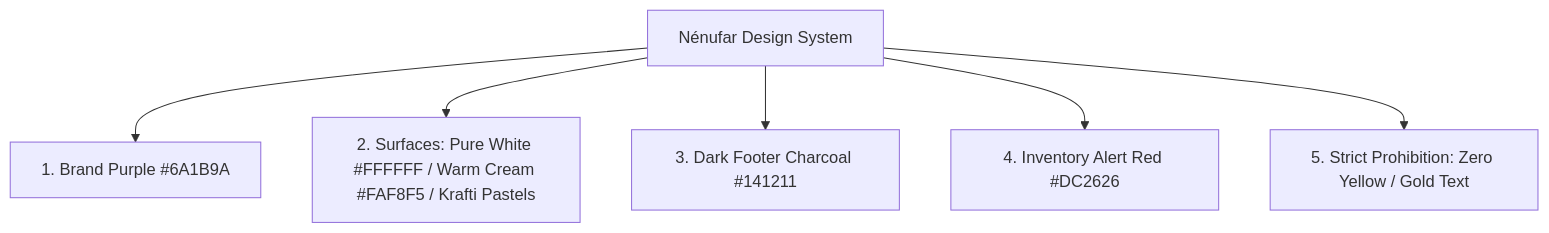
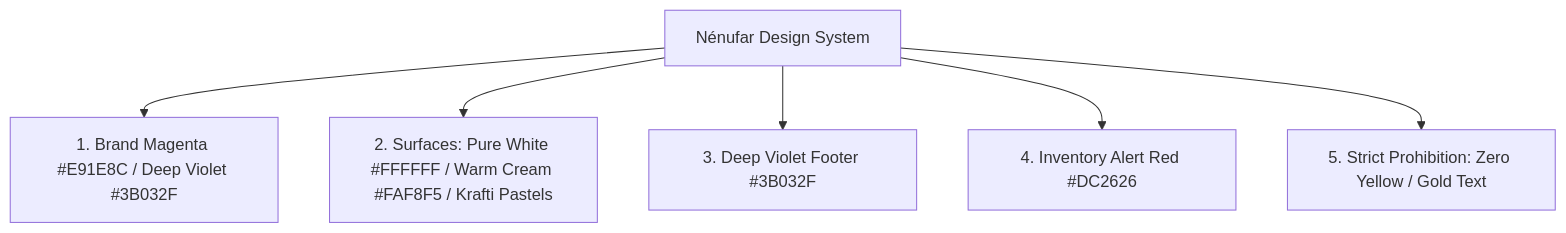
One commit to aleocampodev/nenufar changed the diagram in docs/specs/SPEC-004-brand-design-system.md. Above: the diagram before and after it, drawn with Mermaid. The commit also changed other lines of this file and 31 other files, not shown here.

````diff
--- a/docs/specs/SPEC-004-brand-design-system.md
+++ b/docs/specs/SPEC-004-brand-design-system.md
@@ -24,8 +24,8 @@
 ```mermaid
 graph TD
-    A[Nénufar Design System] --> B[1. Brand Purple #6A1B9A]
+    A[Nénufar Design System] --> B[1. Brand Magenta #E91E8C / Deep Violet #3B032F]
     A --> C[2. Surfaces: Pure White #FFFFFF / Warm Cream #FAF8F5 / Krafti Pastels]
-    A --> D[3. Dark Footer Charcoal #141211]
+    A --> D[3. Deep Violet Footer #3B032F]
     A --> E[4. Inventory Alert Red #DC2626]
     A --> F[5. Strict Prohibition: Zero Yellow / Gold Text]
 ```
````
